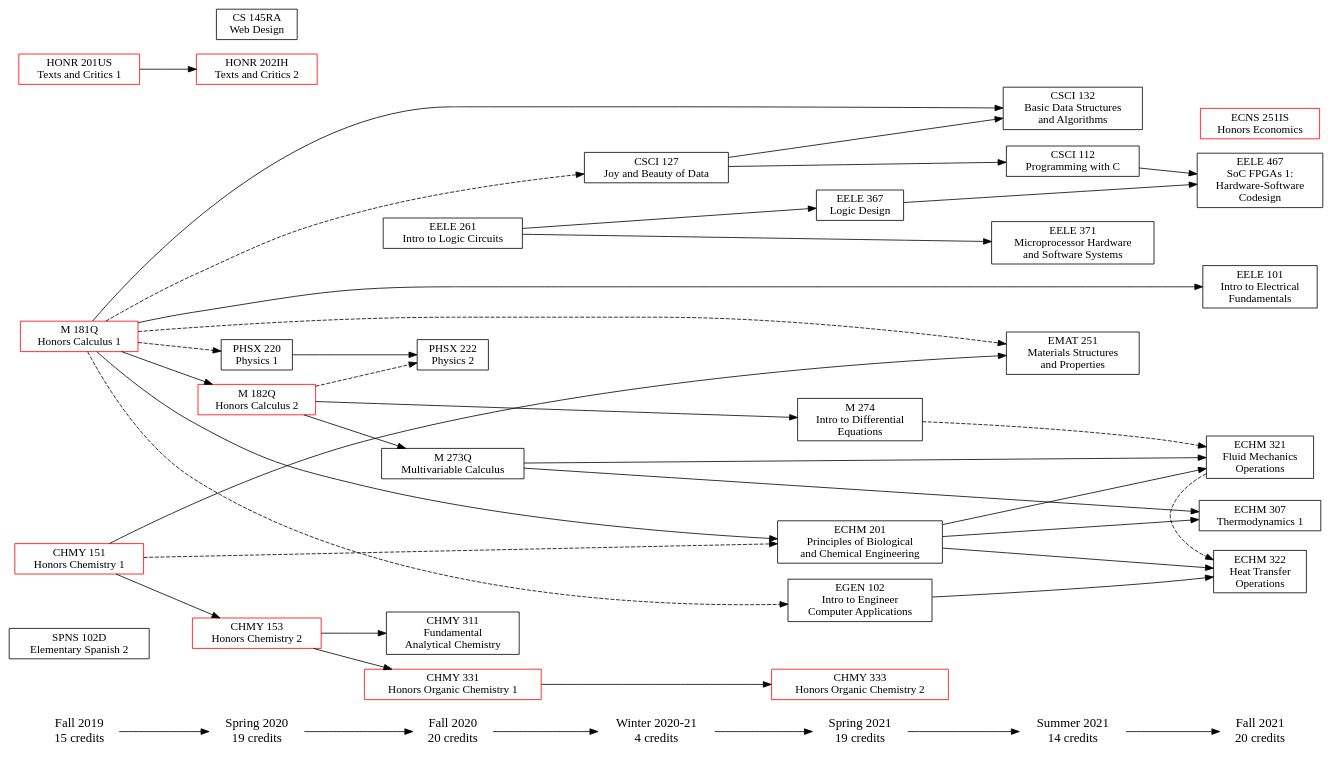
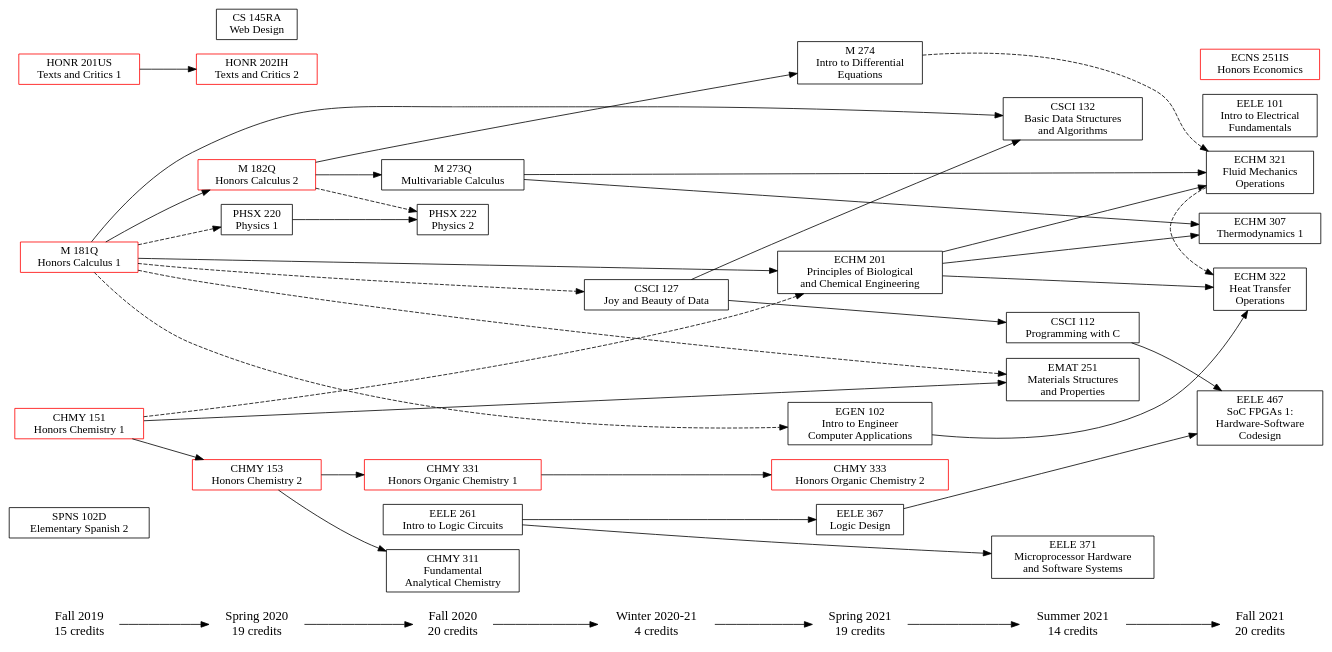
One commit to w-culhane/courses-flowchart changed the diagram in courses_current.gv. Above: the diagram before and after it, drawn with Graphviz. The commit also changed 1 other file, not shown here.

```diff
--- a/courses_current.gv
+++ b/courses_current.gv
@@ -1,125 +1,124 @@
 digraph current {
     ranksep=.75; rankdir=LR;
 
     {node [shape=plaintext,fontsize=16];
         "Fall 2019" -> "Spring 2020" -> "Fall 2020" -> "Winter 2020-21"
         -> "Spring 2021" -> "Summer 2021" -> "Fall 2021";
     }
 
     "Fall 2019" [label="\N\n15 credits"]
     "Spring 2020" [label="\N\n19 credits"]
     "Fall 2020" [label="\N\n20 credits"]
     "Winter 2020-21" [label="\N\n4 credits"]
     "Spring 2021" [label="\N\n19 credits"]
     "Summer 2021" [label="\N\n14 credits"]
     "Fall 2021" [label="\N\n20 credits"]
 
     {node [shape=box];
         { rank = same; "Fall 2019"; "SPNS 102D"; "M 181Q"; "HONR 201US"; "CHMY 151"; }
         { rank = same; "Spring 2020"; "PHSX 220"; "M 182Q"; "HONR 202IH"; "CS 145RA"; "CHMY 153"; }
         { rank = same; "Fall 2020"; "PHSX 222"; "M 273Q"; "EELE 261"; "CHMY 331"; "CHMY 311"; }
         { rank = same; "Winter 2020-21"; "CSCI 127"; }
         { rank = same; "Spring 2021"; "M 274"; "EGEN 102"; "EELE 367"; "ECHM 201"; "CHMY 333"; }
         { rank = same; "Summer 2021"; "EMAT 251"; "EELE 371"; "CSCI 132"; "CSCI 112"; }
         { rank = same; "Fall 2021"; "EELE 467"; "EELE 101"; "ECNS 251IS"; "ECHM 322"; "ECHM 321"; "ECHM 307"; }
     }
 
     // Honors classes
     "CHMY 151"   [color=red]
     "CHMY 153"   [color=red]
     "CHMY 331"   [color=red]
     "CHMY 333"   [color=red]
     "HONR 201US" [color=red]
     "HONR 202IH" [color=red]
     "M 181Q"     [color=red]
     "M 182Q"     [color=red]
     "ECNS 251IS" [color=red]
 
     // Course labels
 
     // Fall 2019
     "CHMY 151"   [label="\N\nHonors Chemistry 1"]
     "HONR 201US" [label="\N\nTexts and Critics 1"]
     "M 181Q"     [label="\N\nHonors Calculus 1"]
     "SPNS 102D"  [label="\N\nElementary Spanish 2"]
 
     // Spring 2020
     "CHMY 153"   [label="\N\nHonors Chemistry 2"]
     "CS 145RA"   [label="\N\nWeb Design"]
     "HONR 202IH" [label="\N\nTexts and Critics 2"]
     "M 182Q"     [label="\N\nHonors Calculus 2"]
     "PHSX 220"   [label="\N\nPhysics 1"]
 
     // Fall 2020
     "CHMY 311"   [label="\N\nFundamental\nAnalytical Chemistry"]
     "CHMY 331"   [label="\N\nHonors Organic Chemistry 1"]
     "EELE 261"   [label="\N\nIntro to Logic Circuits"]
     "M 273Q"     [label="\N\nMultivariable Calculus"]
     "PHSX 222"   [label="\N\nPhysics 2"]
 
     // Winter 2020-21
     "CSCI 127"   [label="\N\nJoy and Beauty of Data"]
 
     // Spring 2021
     "CHMY 333"  [label="\N\nHonors Organic Chemistry 2"]
     "ECHM 201"  [label="\N\nPrinciples of Biological\nand Chemical Engineering"]
     "EELE 367"  [label="\N\nLogic Design"]
     "EGEN 102"  [label="\N\nIntro to Engineer\nComputer Applications"]
     "M 274"     [label="\N\nIntro to Differential\nEquations"]
 
     // Summer 2021
     "CSCI 112" [label="\N\nProgramming with C"]
     "CSCI 132" [label="\N\nBasic Data Structures\nand Algorithms"]
     "EELE 371" [label="\N\nMicroprocessor Hardware\nand Software Systems"]
     "EMAT 251" [label="\N\nMaterials Structures\nand Properties"]
 
     // Fall 2021
     "ECHM 307" [label="\N\nThermodynamics 1"]
     "ECHM 321" [label="\N\nFluid Mechanics\nOperations"]
     "ECHM 322" [label="\N\nHeat Transfer\nOperations"]
     "ECNS 251IS" [label="\N\nHonors Economics"]
     "EELE 101" [label="\N\nIntro to Electrical\nFundamentals"]
     "EELE 467" [label="\N\nSoC FPGAs 1:\nHardware-Software\nCodesign"]
 
     // Course pre- & co- requisites
 
     // Spring 2020
     "CHMY 151" -> "CHMY 153";
     "HONR 201US" -> "HONR 202IH";
     "M 181Q" -> "M 182Q";
     "M 181Q" -> "PHSX 220" [style=dashed];
 
     // Fall 2020
     "CHMY 153" -> { "CHMY 311" "CHMY 331" };
     "M 182Q" -> "M 273Q";
     "M 182Q" -> "PHSX 222" [style=dashed];
     "PHSX 220" -> "PHSX 222";
 
     // Winter 2020-21
     "M 181Q" -> "CSCI 127" [style=dashed];
 
     // Spring 2021
     "CHMY 151" -> "ECHM 201" [style=dashed];
     "CHMY 331" -> "CHMY 333";
     "EELE 261" -> "EELE 367";
     "M 181Q" -> "ECHM 201";
     "M 181Q" -> "EGEN 102" [style=dashed];
     "M 182Q" -> "M 274";
 
     // Summer 2021
     "CHMY 151" -> "EMAT 251";
     "CSCI 127" -> { "CSCI 112" "CSCI 132" };
     "EELE 261" -> "EELE 371";
     "M 181Q" -> "CSCI 132";
     "M 181Q" -> "EMAT 251" [style=dashed];
 
     // Fall 2021
     "CSCI 112" -> "EELE 467";
     "ECHM 201" -> { "ECHM 307" "ECHM 321" "ECHM 322" };
     "ECHM 321" -> "ECHM 322" [style=dashed];
     "EELE 367" -> "EELE 467";
     "EGEN 102" -> "ECHM 322";
-    "M 181Q" -> "EELE 101";
     "M 273Q" -> { "ECHM 307" "ECHM 321" };
     "M 274" -> "ECHM 321" [style=dashed];
 }
```
